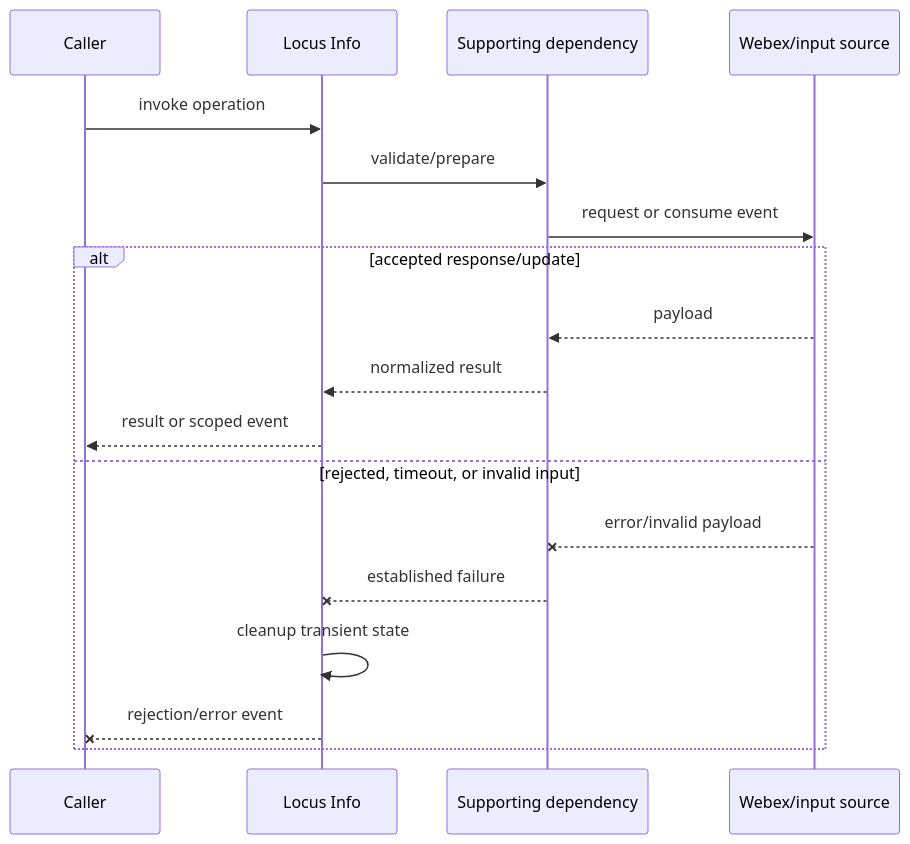
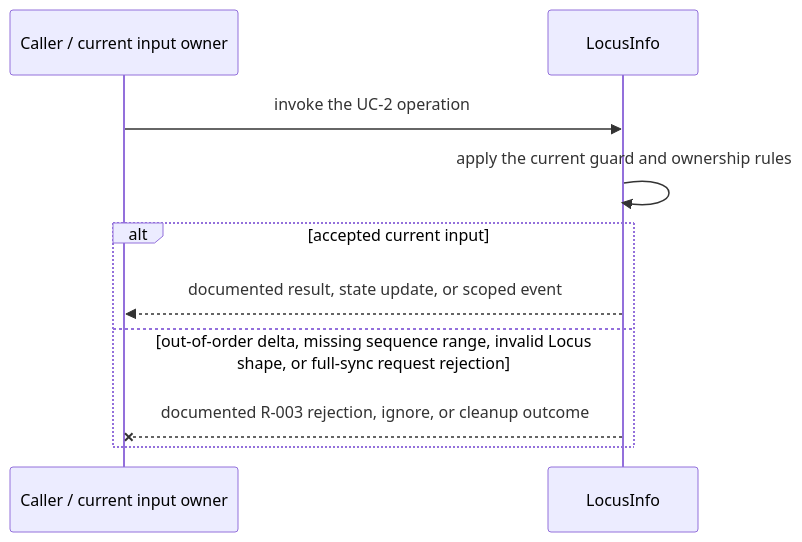
One commit to webex/webex-js-sdk changed the third of 5 diagrams in packages/@webex/plugin-meetings/src/locus-info/ai-docs/locus-info-spec.md. Above: the diagram before and after it, drawn with Mermaid. The commit also changed other lines of this file and 26 other files, not shown here.

````diff
--- a/packages/@webex/plugin-meetings/src/locus-info/ai-docs/locus-info-spec.md
+++ b/packages/@webex/plugin-meetings/src/locus-info/ai-docs/locus-info-spec.md
@@ -123,20 +156,12 @@
 ```mermaid
 sequenceDiagram
-  participant C as Caller
-  participant M as Locus Info
-  participant D as Supporting dependency
-  participant W as Webex/input source
-  C->>M: invoke operation
-  M->>D: validate/prepare
-  D->>W: request or consume event
-  alt accepted response/update
-    W-->>D: payload
-    D-->>M: normalized result
-    M-->>C: result or scoped event
-  else rejected, timeout, or invalid input
-    W--xD: error/invalid payload
-    D--xM: established failure
-    M->>M: cleanup transient state
-    M--xC: rejection/error event
+  participant C as Caller / current input owner
+  participant M as LocusInfo
+  C->>M: invoke the UC-2 operation
+  M->>M: apply the current guard and ownership rules
+  alt accepted current input
+    M-->>C: documented result, state update, or scoped event
+  else out-of-order delta, missing sequence range, invalid Locus shape, or full-sync request rejection
+    M--xC: documented R-003 rejection, ignore, or cleanup outcome
   end
 ```
````
